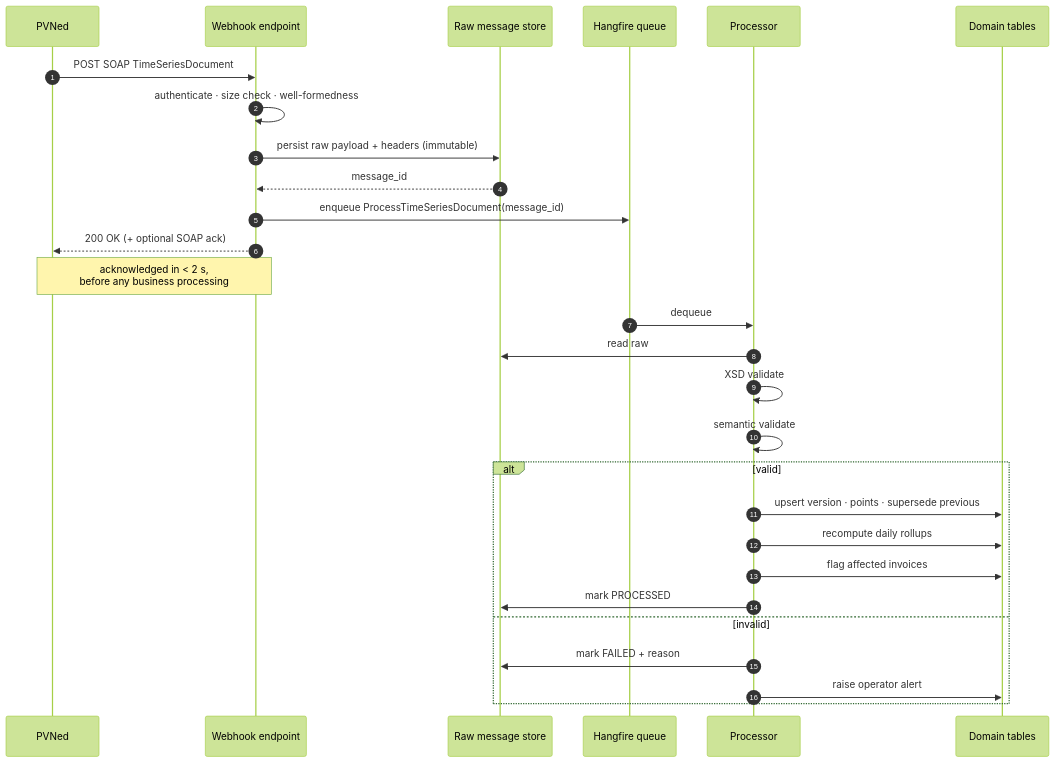
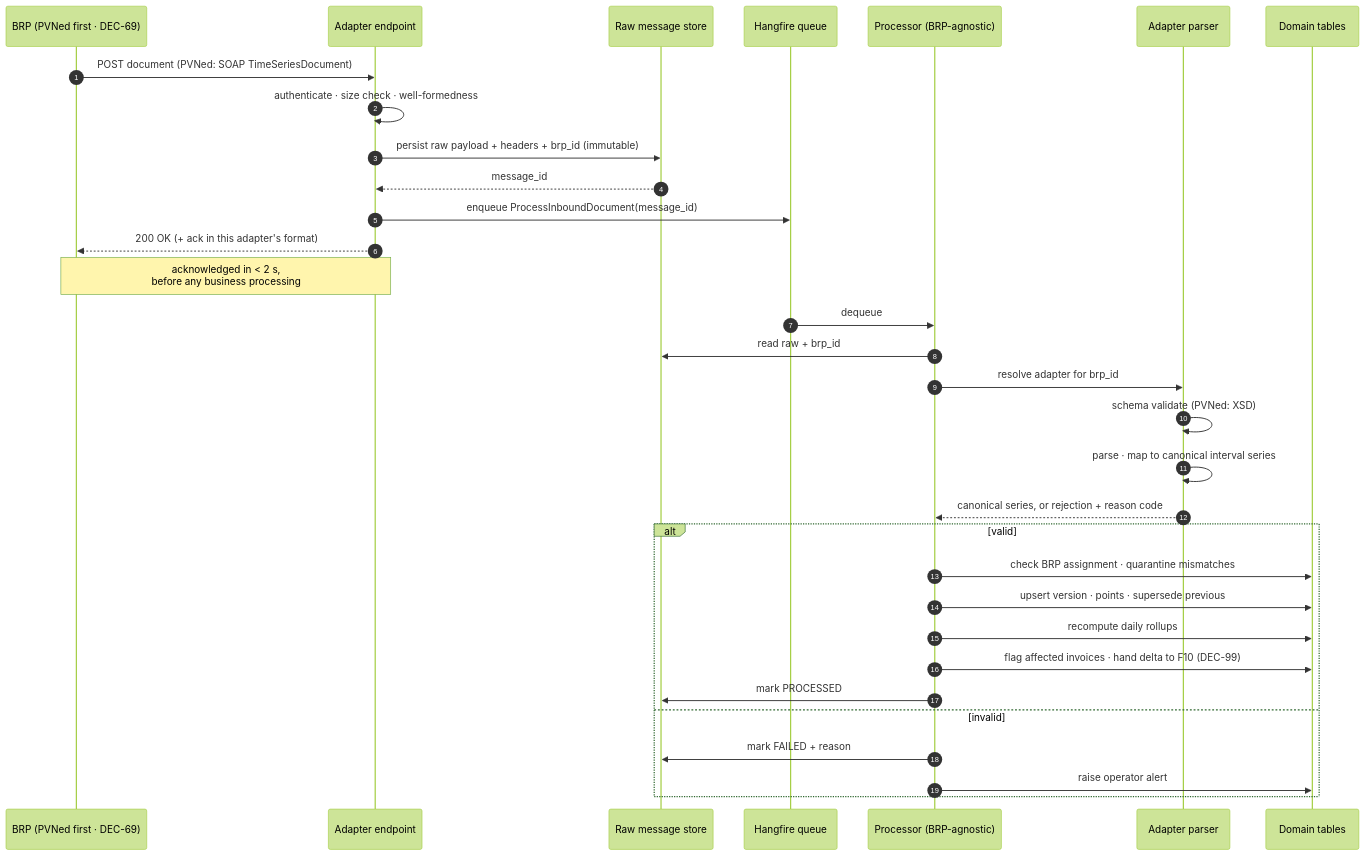
Before and after one commit to lukastosic-ifd/peakpowerspecs: the first of 2 diagrams in specs/10-features/F02-metering-data-ingestion.md, drawn with Mermaid (forest theme). The commit also changed other lines of this file and 66 other files, not shown here.

````diff
--- a/specs/10-features/F02-metering-data-ingestion.md
+++ b/specs/10-features/F02-metering-data-ingestion.md
@@ -58,32 +106,36 @@
 ```mermaid
 sequenceDiagram
     autonumber
-    participant P as PVNed
-    participant W as Webhook endpoint
+    participant P as BRP (PVNed first · DEC-69)
+    participant W as Adapter endpoint
     participant S as Raw message store
     participant Q as Hangfire queue
-    participant PR as Processor
+    participant PR as Processor (BRP-agnostic)
+    participant AD as Adapter parser
     participant DB as Domain tables
 
-    P->>W: POST SOAP TimeSeriesDocument
+    P->>W: POST document (PVNed: SOAP TimeSeriesDocument)
     W->>W: authenticate · size check · well-formedness
-    W->>S: persist raw payload + headers (immutable)
+    W->>S: persist raw payload + headers + brp_id (immutable)
     S-->>W: message_id
-    W->>Q: enqueue ProcessTimeSeriesDocument(message_id)
-    W-->>P: 200 OK (+ optional SOAP ack)
+    W->>Q: enqueue ProcessInboundDocument(message_id)
+    W-->>P: 200 OK (+ ack in this adapter's format)
     Note over W,P: acknowledged in < 2 s,<br/>before any business processing
 
     Q->>PR: dequeue
-    PR->>S: read raw
-    PR->>PR: XSD validate
-    PR->>PR: semantic validate
+    PR->>S: read raw + brp_id
+    PR->>AD: resolve adapter for brp_id
+    AD->>AD: schema validate (PVNed: XSD)
+    AD->>AD: parse · map to canonical interval series
+    AD-->>PR: canonical series, or rejection + reason code
     alt valid
+        PR->>DB: check BRP assignment · quarantine mismatches
         PR->>DB: upsert version · points · supersede previous
         PR->>DB: recompute daily rollups
-        PR->>DB: flag affected invoices
+        PR->>DB: flag affected invoices · hand delta to F10 (DEC-99)
         PR->>S: mark PROCESSED
     else invalid
         PR->>S: mark FAILED + reason
         PR->>DB: raise operator alert
     end
 ```
````
